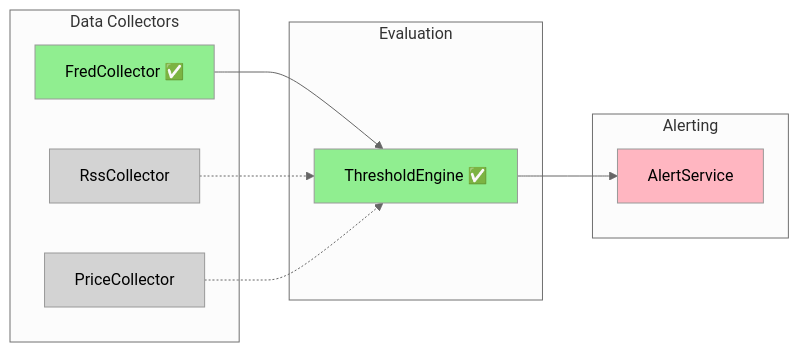
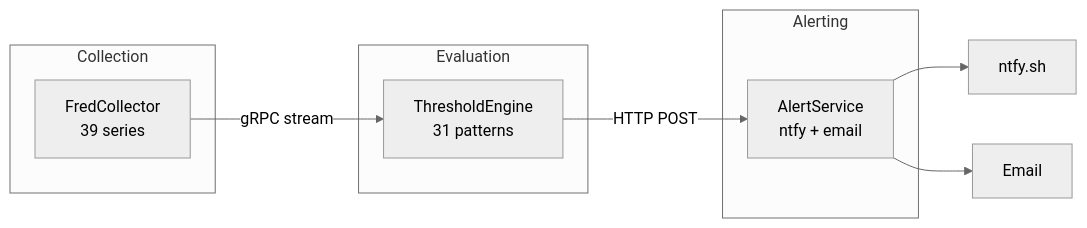
The first of 2 diagrams in docs/ARCHITECTURE.md (jpansarasa/ATLAS-Docs), drawn with Mermaid (neutral theme) before and after one commit. The commit also changed other lines of this file and 10 other files, not shown here.

````diff
--- a/docs/ARCHITECTURE.md
+++ b/docs/ARCHITECTURE.md
@@ -358,27 +7,19 @@
 ```mermaid
 flowchart LR
-    subgraph collectors["Data Collectors"]
-        FC[FredCollector ✅]
-        RSS[RssCollector]
-        PRICE[PriceCollector]
+    subgraph Collection
+        FC[FredCollector<br/>39 series]
     end
 
-    subgraph eval["Evaluation"]
-        TE[ThresholdEngine ✅]
+    subgraph Evaluation
+        TE[ThresholdEngine<br/>31 patterns]
     end
 
-    subgraph alert["Alerting"]
-        AS[AlertService]
+    subgraph Alerting
+        AS[AlertService<br/>ntfy + email]
     end
 
-    FC --> TE
-    RSS -.-> TE
-    PRICE -.-> TE
-    TE --> AS
-
-    style FC fill:#90EE90
-    style TE fill:#90EE90
-    style RSS fill:#D3D3D3
-    style PRICE fill:#D3D3D3
-    style AS fill:#FFB6C1
+    FC -->|gRPC stream| TE
+    TE -->|HTTP POST| AS
+    AS --> N[ntfy.sh]
+    AS --> E[Email]
 ```
````
